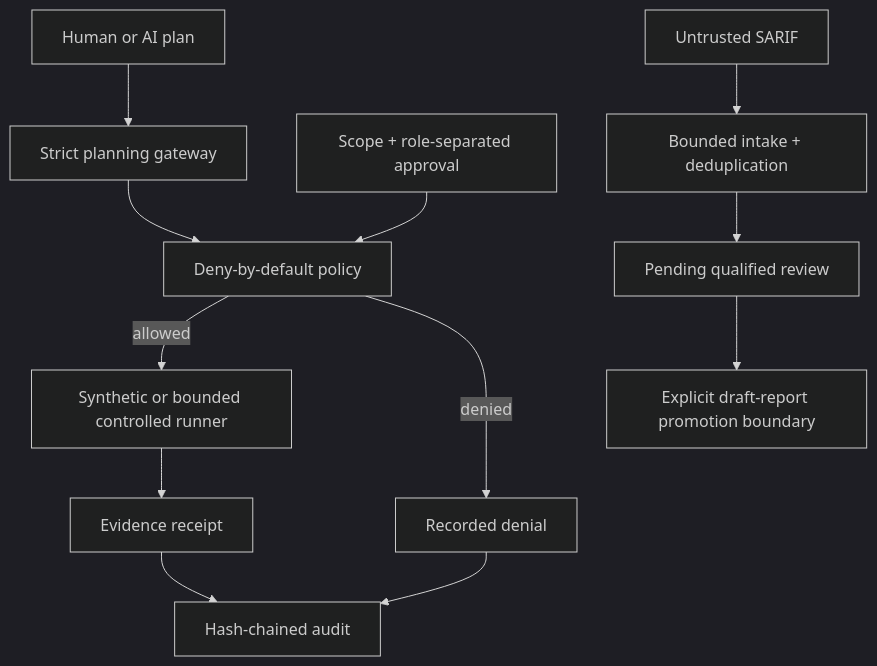
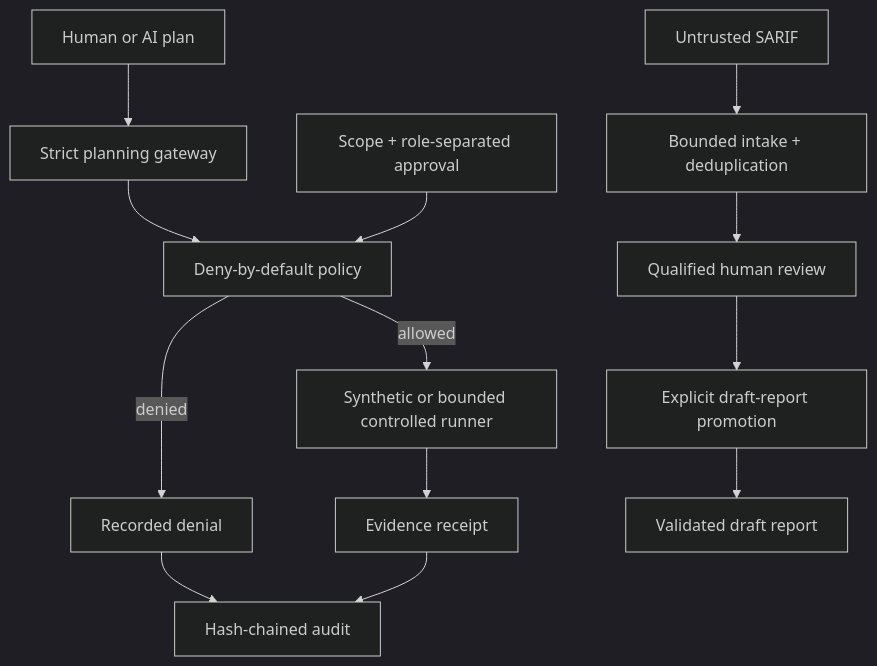
The diagram in README.md (bilgekayali/finredops), drawn with Mermaid (dark theme) before and after one commit. The commit also changed other lines of this file, not shown here.

````diff
--- a/README.md
+++ b/README.md
@@ -44,14 +43,15 @@
 ```mermaid
 flowchart TD
     A["Human or AI plan"] --> B["Strict planning gateway"]
     B --> C["Deny-by-default policy"]
     D["Scope + role-separated approval"] --> C
     C -->|allowed| E["Synthetic or bounded controlled runner"]
     C -->|denied| F["Recorded denial"]
     E --> G["Evidence receipt"]
     F --> H["Hash-chained audit"]
     G --> H
     I["Untrusted SARIF"] --> J["Bounded intake + deduplication"]
-    J --> K["Pending qualified review"]
-    K --> L["Explicit draft-report promotion boundary"]
+    J --> K["Qualified human review"]
+    K --> L["Explicit draft-report promotion"]
+    L --> M["Validated draft report"]
 ```
````
